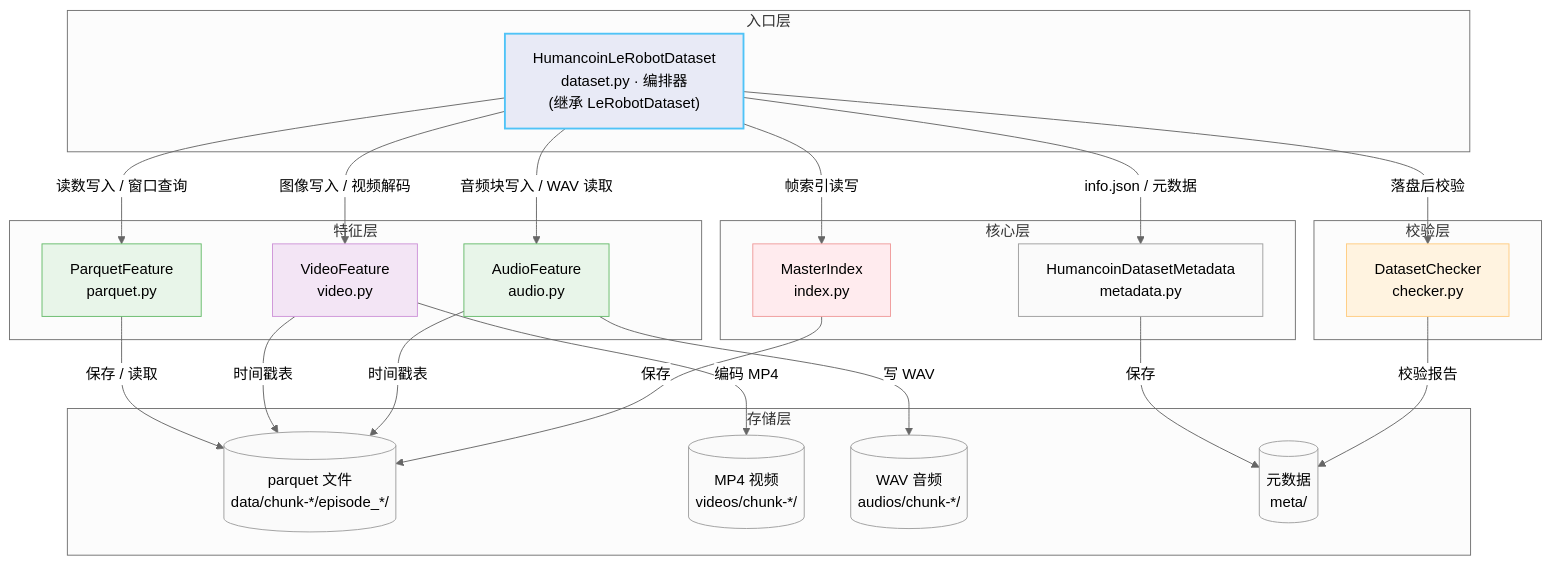
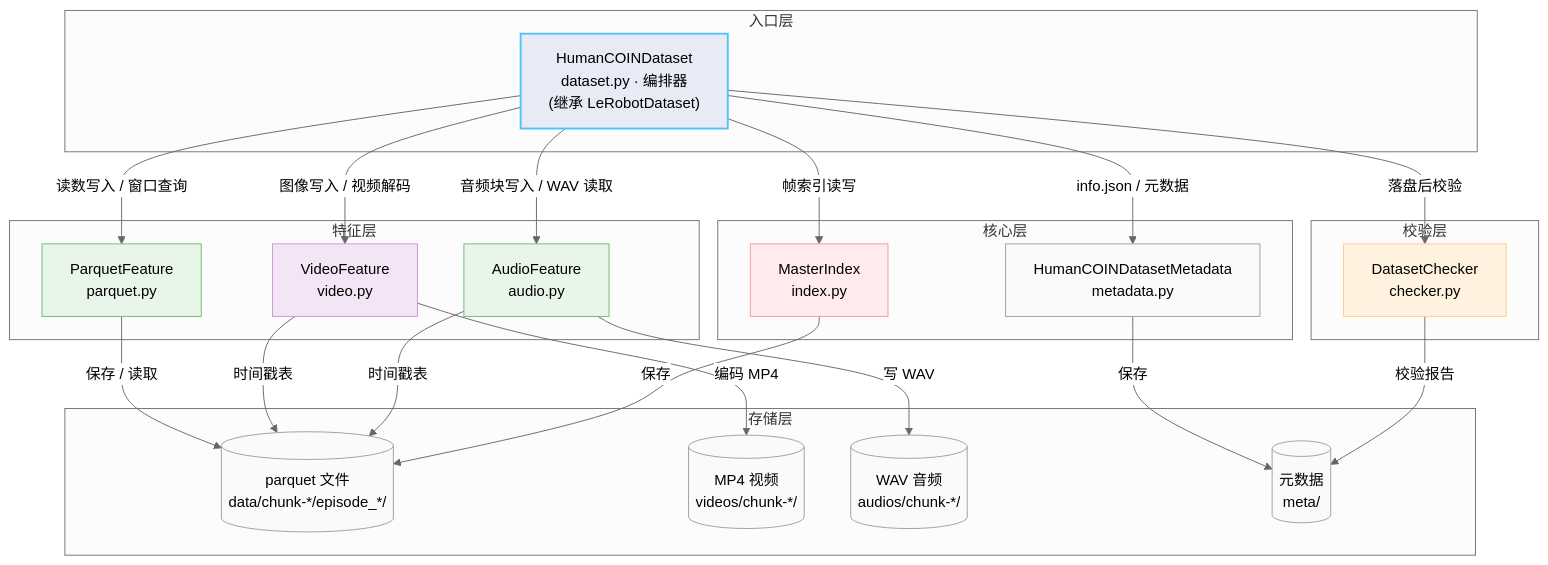
One commit to FlagOpen/HumanCOIN changed the fourth of 4 diagrams in README_zh-CN.md. Above: the diagram before and after it, drawn with Mermaid (neutral theme). The commit also changed other lines of this file and 30 other files, not shown here.

````diff
--- a/README_zh-CN.md
+++ b/README_zh-CN.md
@@ -715,55 +713,55 @@
 ```mermaid
 flowchart TB
     subgraph Entry["入口层"]
-        DS["HumancoinLeRobotDataset<br/>dataset.py · 编排器<br/>(继承 LeRobotDataset)"]
+        DS["HumanCOINDataset<br/>dataset.py · 编排器<br/>(继承 LeRobotDataset)"]
     end
 
     subgraph Core["核心层"]
         IX["MasterIndex<br/>index.py"]
-        MD["HumancoinDatasetMetadata<br/>metadata.py"]
+        MD["HumanCOINDatasetMetadata<br/>metadata.py"]
     end
 
     subgraph Features["特征层"]
         PF["ParquetFeature<br/>parquet.py"]
         VF["VideoFeature<br/>video.py"]
         AuF["AudioFeature<br/>audio.py"]
     end
 
     subgraph Validate["校验层"]
         CK["DatasetChecker<br/>checker.py"]
     end
 
     subgraph Store["存储层"]
         PQ[("parquet 文件<br/>data/chunk-*/episode_*/")]
         MP4[("MP4 视频<br/>videos/chunk-*/")]
         WAV[("WAV 音频<br/>audios/chunk-*/")]
         META[("元数据<br/>meta/")]
     end
 
     DS -->|"帧索引读写"| IX
     DS -->|"info.json / 元数据"| MD
     DS -->|"读数写入 / 窗口查询"| PF
     DS -->|"图像写入 / 视频解码"| VF
     DS -->|"音频块写入 / WAV 读取"| AuF
     DS -->|"落盘后校验"| CK
     PF -->|"保存 / 读取"| PQ
     VF -->|"编码 MP4"| MP4
     VF -->|"时间戳表"| PQ
     AuF -->|"写 WAV"| WAV
     AuF -->|"时间戳表"| PQ
     IX -->|"保存"| PQ
     MD -->|"保存"| META
     CK -->|"校验报告"| META
 
     style DS fill:#e8eaf6,stroke:#4fc3f7,stroke-width:2px,color:#000
     style IX fill:#ffebee,stroke:#ef9a9a,color:#000
     style MD fill:#fafafa,stroke:#9e9e9e,color:#000
     style PF fill:#e8f5e9,stroke:#66bb6a,color:#000
     style VF fill:#f3e5f5,stroke:#ce93d8,color:#000
     style AuF fill:#e8f5e9,stroke:#66bb6a,color:#000
     style CK fill:#fff3e0,stroke:#ffcc80,color:#000
     style PQ fill:#fafafa,stroke:#9e9e9e,color:#000
     style MP4 fill:#fafafa,stroke:#9e9e9e,color:#000
     style WAV fill:#fafafa,stroke:#9e9e9e,color:#000
     style META fill:#fafafa,stroke:#9e9e9e,color:#000
 ```
````
